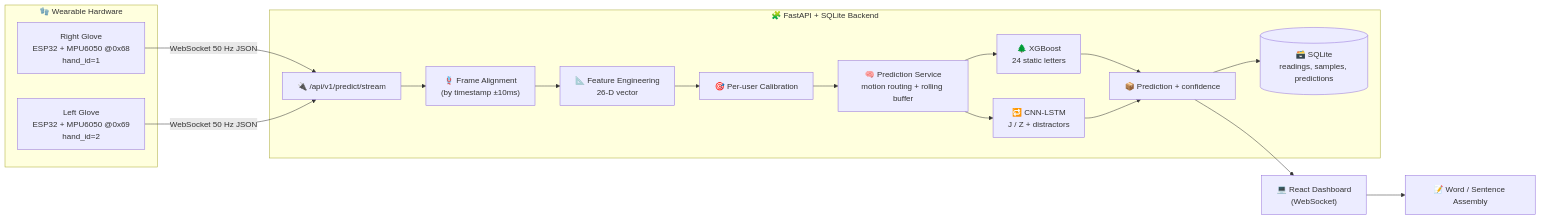
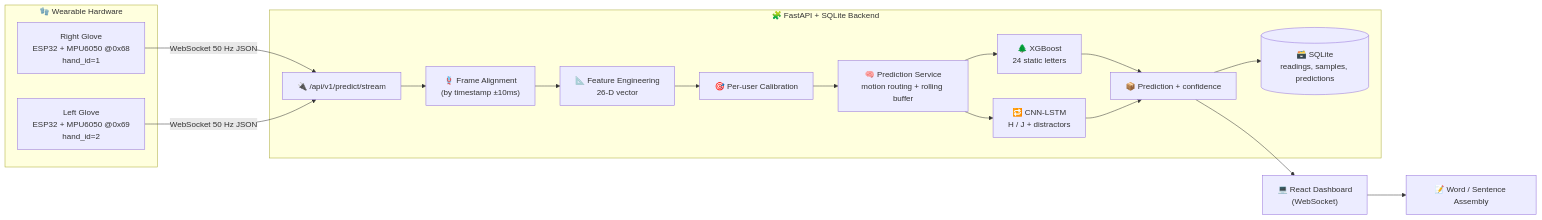
One commit to Ravinx001/British-Sign-Language-to-TTS-Gloves changed the first of 5 diagrams in README.md. Above: the diagram before and after it, drawn with Mermaid. The commit also changed other lines of this file and 9 other files, not shown here.

````diff
--- a/README.md
+++ b/README.md
@@ -109,25 +109,25 @@
 ```mermaid
 flowchart LR
     subgraph Gloves["🧤 Wearable Hardware"]
         RG["Right Glove<br/>ESP32 + MPU6050 @0x68<br/>hand_id=1"]
         LG["Left Glove<br/>ESP32 + MPU6050 @0x69<br/>hand_id=2"]
     end
 
     RG -->|"WebSocket 50 Hz JSON"| WS["🔌 /api/v1/predict/stream"]
     LG -->|"WebSocket 50 Hz JSON"| WS
 
     subgraph Backend["🧩 FastAPI + SQLite Backend"]
         WS --> ALIGN["🪢 Frame Alignment<br/>(by timestamp ±10ms)"]
         ALIGN --> FE["📐 Feature Engineering<br/>26-D vector"]
         FE --> CAL["🎯 Per-user Calibration"]
         CAL --> PRED["🧠 Prediction Service<br/>motion routing + rolling buffer"]
         PRED --> STATIC["🌲 XGBoost<br/>24 static letters"]
-        PRED --> DYN["🔁 CNN-LSTM<br/>J / Z + distractors"]
+        PRED --> DYN["🔁 CNN-LSTM<br/>H / J + distractors"]
         STATIC --> OUT["📦 Prediction + confidence"]
         DYN --> OUT
         OUT --> DB[("🗃️ SQLite<br/>readings, samples, predictions")]
     end
 
     OUT --> DASH["💻 React Dashboard<br/>(WebSocket)"]
     DASH --> TEXT["📝 Word / Sentence Assembly"]
 ```
````
